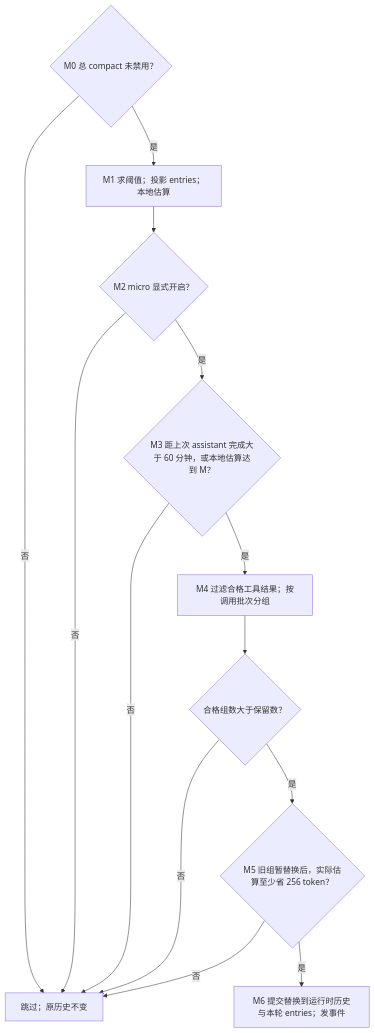
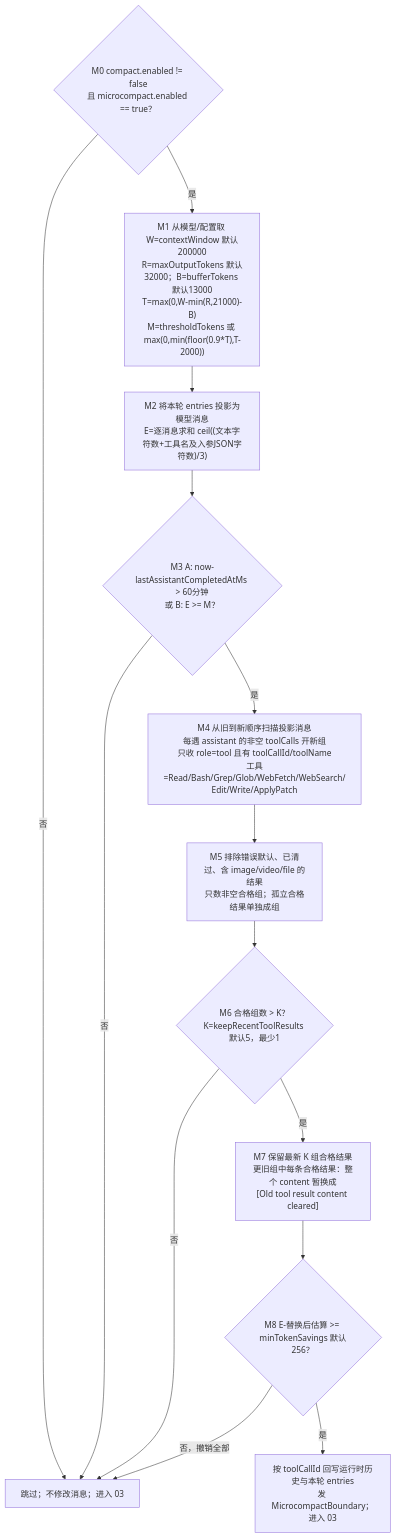
One commit to tao2years/ZCode_Analysis changed the second of 3 diagrams in research/code-agent/topics/b-context-management.md. Above: the diagram before and after it, drawn with Mermaid. The commit also changed other lines of this file and 8 other files, not shown here.

````diff
--- a/research/code-agent/topics/b-context-management.md
+++ b/research/code-agent/topics/b-context-management.md
@@ -60,15 +60,16 @@
 ```mermaid
 flowchart TD
-    M0{"M0 总 compact 未禁用？"} -- 否 --> MS["跳过；原历史不变"]
-    M0 -- 是 --> M1["M1 求阈值；投影 entries；本地估算"]
-    M1 --> M2{"M2 micro 显式开启？"}
-    M2 -- 否 --> MS
-    M2 -- 是 --> M3{"M3 距上次 assistant 完成大于 60 分钟，或本地估算达到 M？"}
+    M0{"M0 compact.enabled != false<br/>且 microcompact.enabled == true？"} -- 否 --> MS["跳过；不修改消息；进入 03"]
+    M0 -- 是 --> M1["M1 从模型/配置取 W=contextWindow 默认200000<br/>R=maxOutputTokens 默认32000；B=bufferTokens 默认13000<br/>T=max(0,W-min(R,21000)-B)<br/>M=thresholdTokens 或 max(0,min(floor(0.9*T),T-2000))"]
+    M1 --> M2["M2 将本轮 entries 投影为模型消息<br/>E=逐消息求和 ceil((文本字符数+工具名及入参JSON字符数)/3)"]
+    M2 --> M3{"M3 A: now-lastAssistantCompletedAtMs &gt; 60分钟<br/>或 B: E &gt;= M？"}
     M3 -- 否 --> MS
-    M3 -- 是 --> M4["M4 过滤合格工具结果；按调用批次分组"]
-    M4 --> M4B{"合格组数大于保留数？"}
-    M4B -- 否 --> MS
-    M4B -- 是 --> M5{"M5 旧组暂替换后，实际估算至少省 256 token？"}
-    M5 -- 否 --> MS
-    M5 -- 是 --> M6["M6 提交替换到运行时历史与本轮 entries；发事件"]
+    M3 -- 是 --> M4["M4 从旧到新顺序扫描投影消息<br/>每遇 assistant 的非空 toolCalls 开新组<br/>只收 role=tool 且有 toolCallId/toolName<br/>工具=Read/Bash/Grep/Glob/WebFetch/WebSearch/<br/>Edit/Write/ApplyPatch"]
+    M4 --> M5["M5 排除错误默认、已清过、含 image/video/file 的结果<br/>只数非空合格组；孤立合格结果单独成组"]
+    M5 --> M6{"M6 合格组数 &gt; K？<br/>K=keepRecentToolResults 默认5，最少1"}
+    M6 -- 否 --> MS
+    M6 -- 是 --> M7["M7 保留最新 K 组合格结果<br/>更旧组中每条合格结果：整个 content 暂换成<br/>[Old tool result content cleared]"]
+    M7 --> M8{"M8 E-替换后估算 &gt;= minTokenSavings 默认256？"}
+    M8 -- 否，撤销全部 --> MS
+    M8 -- 是 --> MC["按 toolCallId 回写运行时历史与本轮 entries<br/>发 MicrocompactBoundary；进入 03"]
 ```
````
